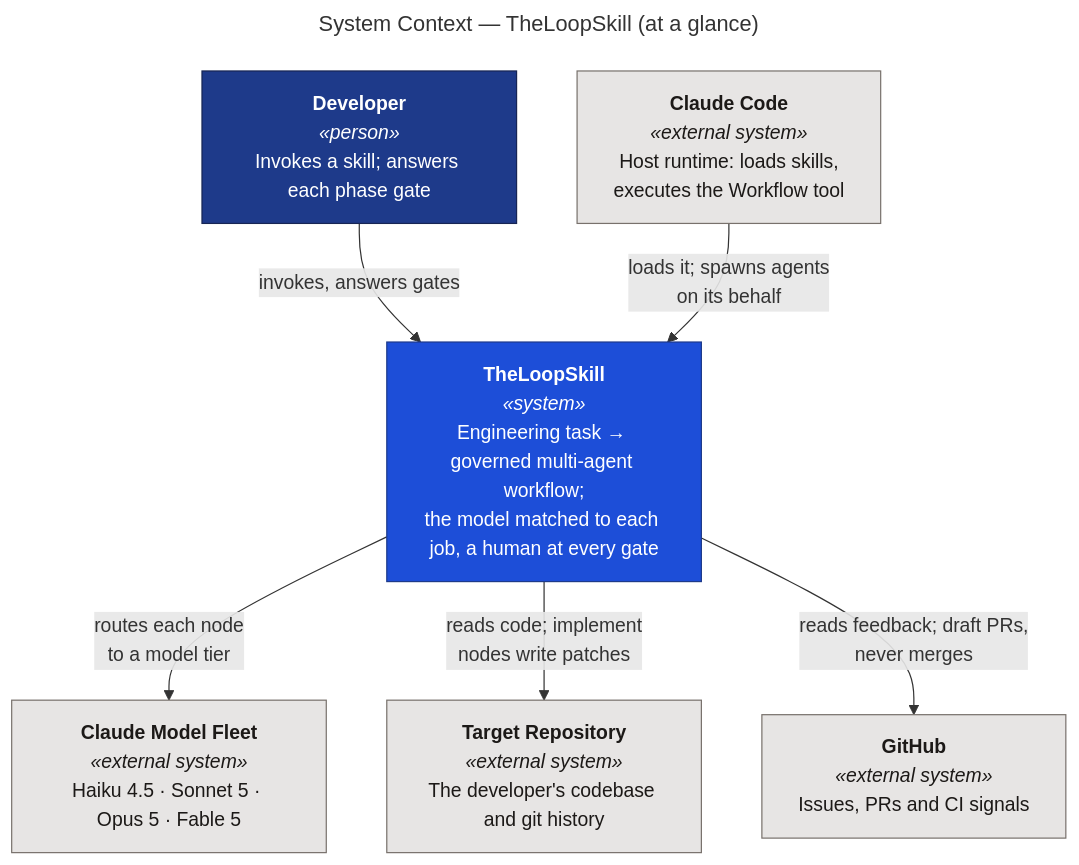
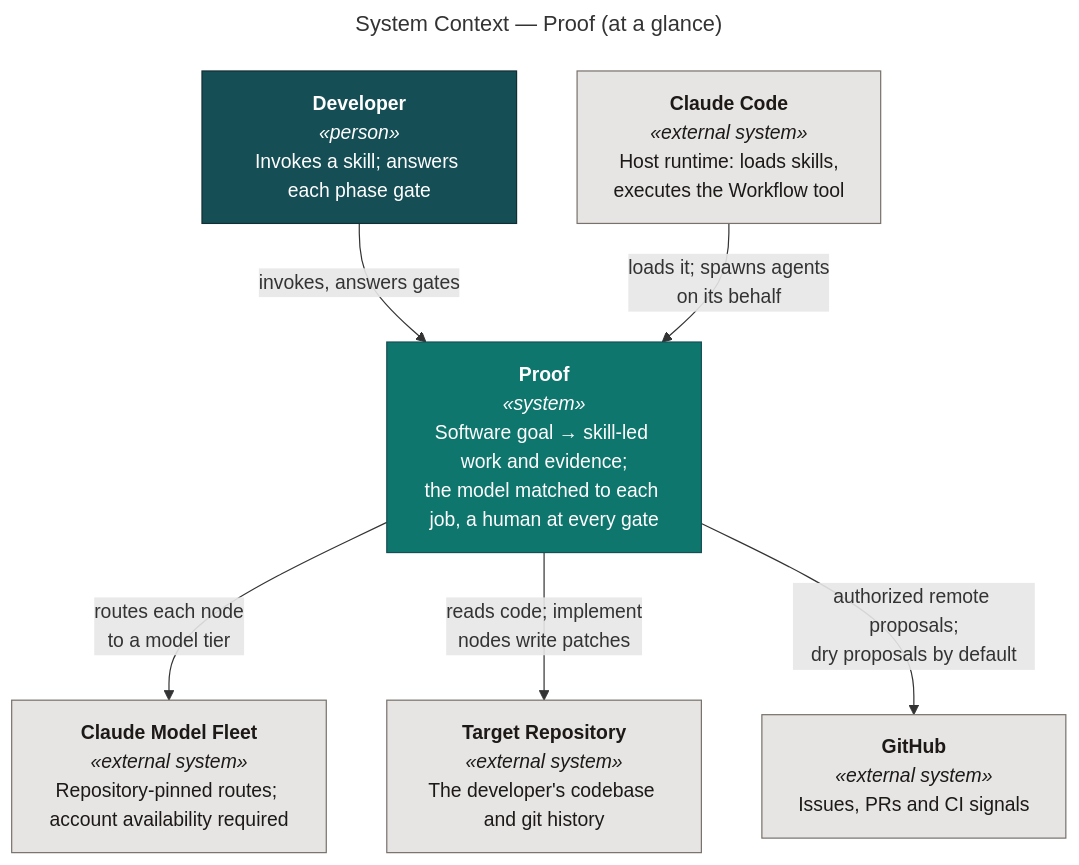
Before and after one commit to santapong/Proof: the diagram in docs/c4/diagrams/src/context-glance.mmd, drawn with Mermaid. The commit also changed 58 other files, not shown here.

Commit message:
docs: refresh Proof identity and architecture artwork

```diff
--- a/docs/c4/diagrams/src/context-glance.mmd
+++ b/docs/c4/diagrams/src/context-glance.mmd
@@ -1,25 +1,25 @@
 ---
-title: "System Context — TheLoopSkill (at a glance)"
+title: "System Context — Proof (at a glance)"
 ---
 flowchart TB
     dev["<b>Developer</b><br/><i>«person»</i><br/>Invokes a skill; answers each phase gate"]
 
-    tls["<b>TheLoopSkill</b><br/><i>«system»</i><br/>Engineering task → governed multi-agent workflow;<br/>the model matched to each job, a human at every gate"]
+    tls["<b>Proof</b><br/><i>«system»</i><br/>Software goal → skill-led work and evidence;<br/>the model matched to each job, a human at every gate"]
 
     cc["<b>Claude Code</b><br/><i>«external system»</i><br/>Host runtime: loads skills,<br/>executes the Workflow tool"]
-    fleet["<b>Claude Model Fleet</b><br/><i>«external system»</i><br/>Haiku 4.5 · Sonnet 5 · Opus 5 · Fable 5"]
+    fleet["<b>Claude Model Fleet</b><br/><i>«external system»</i><br/>Repository-pinned routes; account availability required"]
     repo["<b>Target Repository</b><br/><i>«external system»</i><br/>The developer's codebase and git history"]
     forge["<b>GitHub</b><br/><i>«external system»</i><br/>Issues, PRs and CI signals"]
 
     dev -- "invokes, answers gates" --> tls
     cc -- "loads it; spawns agents<br/>on its behalf" --> tls
     tls -- "routes each node<br/>to a model tier" --> fleet
     tls -- "reads code; implement<br/>nodes write patches" --> repo
-    tls -- "reads feedback; draft PRs,<br/>never merges" --> forge
+    tls -- "authorized remote proposals;<br/>dry proposals by default" --> forge
 
-    classDef person fill:#1E3A8A,stroke:#172554,color:#fff
-    classDef system fill:#1D4ED8,stroke:#1E3A8A,color:#fff
+    classDef person fill:#164E55,stroke:#102F35,color:#fff
+    classDef system fill:#0F766E,stroke:#164E55,color:#fff
     classDef ext fill:#E7E5E4,stroke:#78716C,color:#1C1917
     class dev person
     class tls system
     class cc,fleet,repo,forge ext
```
